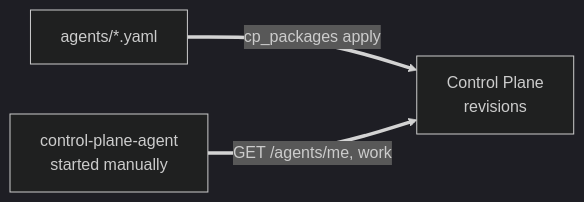
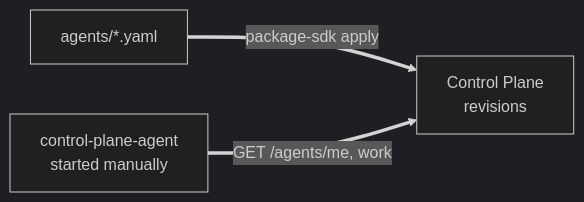
One commit to monthu56/taimen changed the first of 3 diagrams in guide/docs/runner/index.md. Above: the diagram before and after it, drawn with Mermaid (dark theme). The commit also changed 112 other files, not shown here.

First line of the commit message:
guide: regenerated for the package SDK

````diff
--- a/guide/docs/runner/index.md
+++ b/guide/docs/runner/index.md
@@ -20,5 +20,5 @@
 ```mermaid
 flowchart LR
-    Y["agents/*.yaml"] ==>|cp_packages apply| CP["Control Plane<br/>revisions"]
+    Y["agents/*.yaml"] ==>|package-sdk apply| CP["Control Plane<br/>revisions"]
     D["control-plane-agent<br/>started manually"] ==>|GET /agents/me, work| CP
 ```
````
